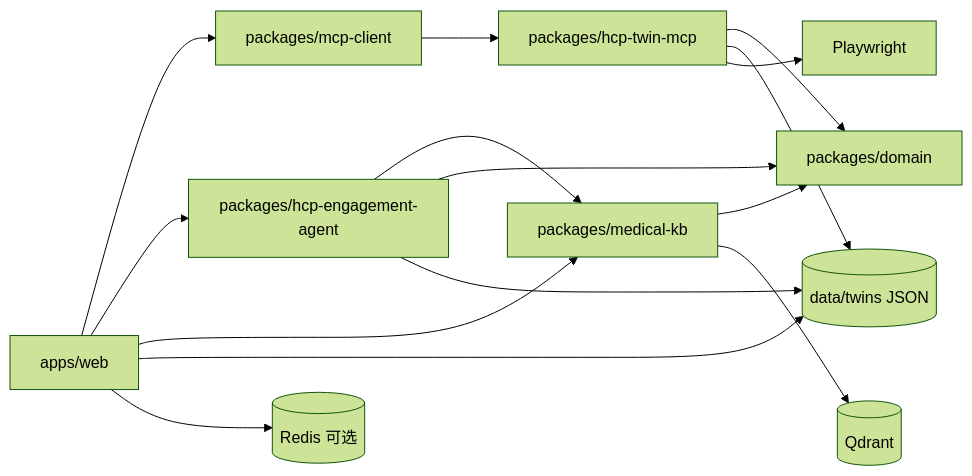
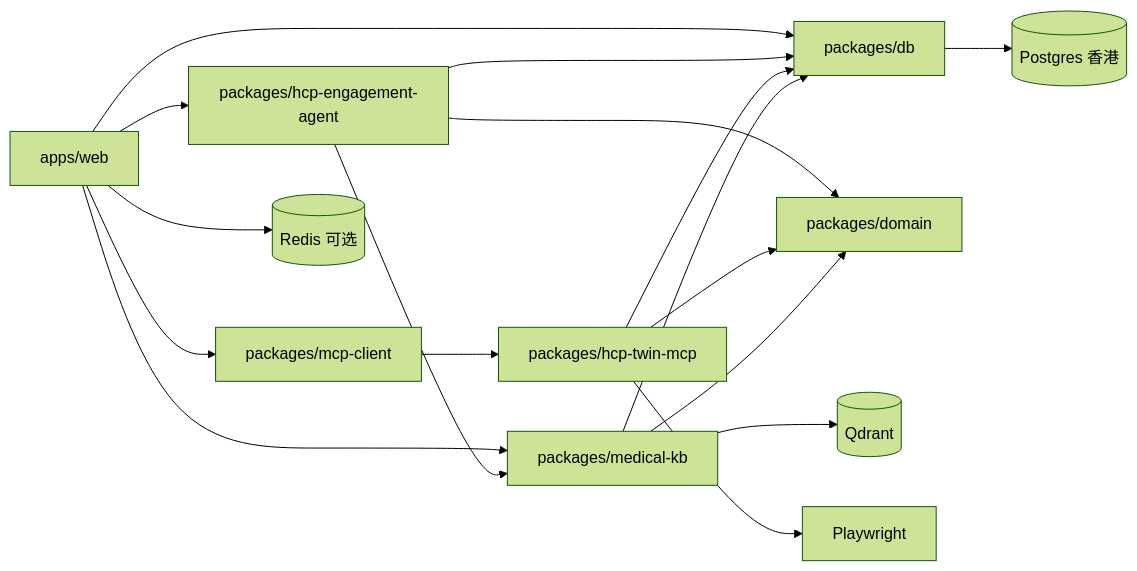
The diagram in specs/4.install-dependencies.md (ethanhuangcst/hcp-engagement-agent), drawn with Mermaid (forest theme) before and after one commit. The commit also changed other lines of this file and 24 other files, not shown here.

First line of the commit message:
Document MVP roadmap, designs, UI prototype, and test strategy.

````diff
--- a/specs/4.install-dependencies.md
+++ b/specs/4.install-dependencies.md
@@ -225,17 +222,19 @@
 ```mermaid
 flowchart LR
     Web[apps/web] --> MCPClient[packages/mcp-client]
     MCPClient --> TwinMCP[packages/hcp-twin-mcp]
     Web --> Agent[packages/hcp-engagement-agent]
     Web --> MedicalKB[packages/medical-kb]
+    Web --> DB[packages/db]
     Agent --> MedicalKB
     Agent --> Domain[packages/domain]
+    Agent --> DB
     TwinMCP --> Domain
+    TwinMCP --> DB
     MedicalKB --> Domain
+    MedicalKB --> DB
     MedicalKB --> Qdrant[(Qdrant)]
-    TwinMCP --> JSON[(data/twins JSON)]
-    Web --> JSON
-    Agent --> JSON
+    DB --> PG[(Postgres 香港)]
     Web --> Redis[(Redis 可选)]
     TwinMCP --> Playwright[Playwright]
 ```
````
